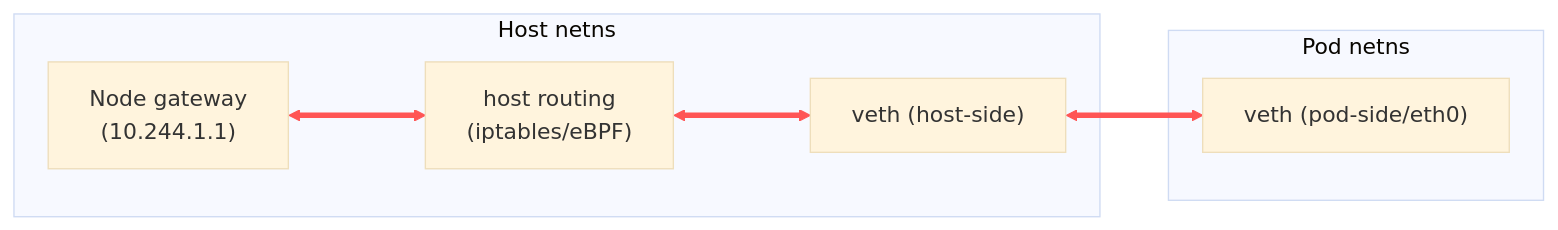
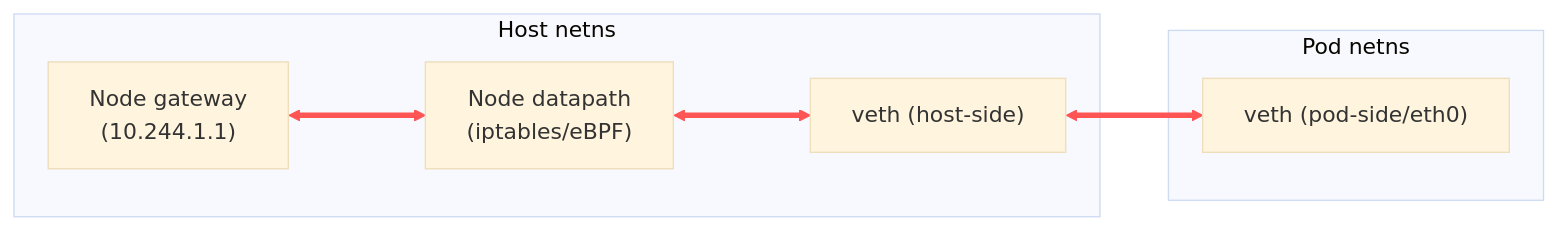
One commit to SRodi/srodi.github.io changed the fifth of 15 diagrams in _posts/2025-03-17-kubecon.md. Above: the diagram before and after it, drawn with Mermaid (base theme). The commit also changed other lines of this file, not shown here.

Commit message:
kubecon diagrams submitted

````diff
--- a/_posts/2025-03-17-kubecon.md
+++ b/_posts/2025-03-17-kubecon.md
@@ -88,19 +90,19 @@
 ```mermaid
 graph LR       
     subgraph HostNS ["Host netns"]
         NodeEth["Node gateway <br>(10.244.1.1)"]
-        CNI_Mechanism["host routing<br>(iptables/eBPF)"]
+        CNI_Mechanism["Node datapath<br>(iptables/eBPF)"]
         Veth_Host["veth (host-side)"]
     end
 
     subgraph PodNS ["Pod netns"]
         Eth0_Pod["veth (pod-side/eth0)"]
     end
 
     %% Wiring
     NodeEth <---> CNI_Mechanism
     CNI_Mechanism <---> Veth_Host
     Veth_Host <--> Eth0_Pod
     %% Highlight the packet flow
     linkStyle 0,1,2 stroke:#ff5555,stroke-width:4px;
 ```
````
